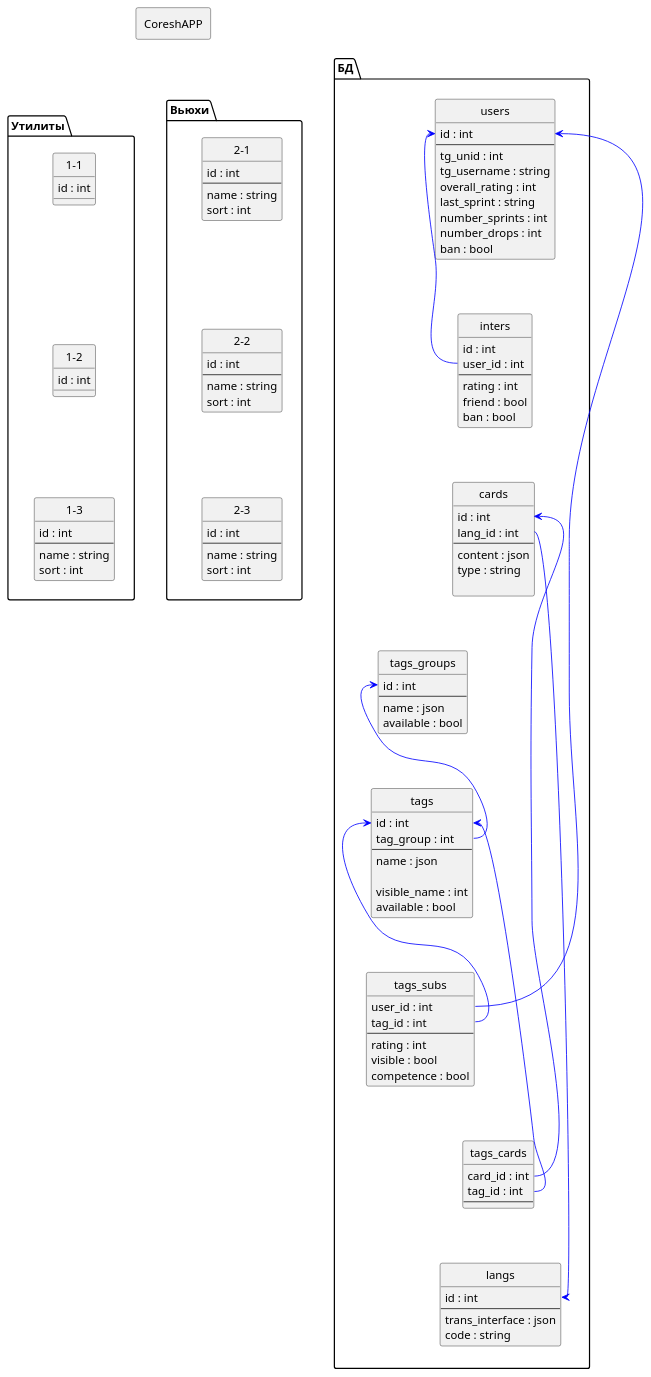
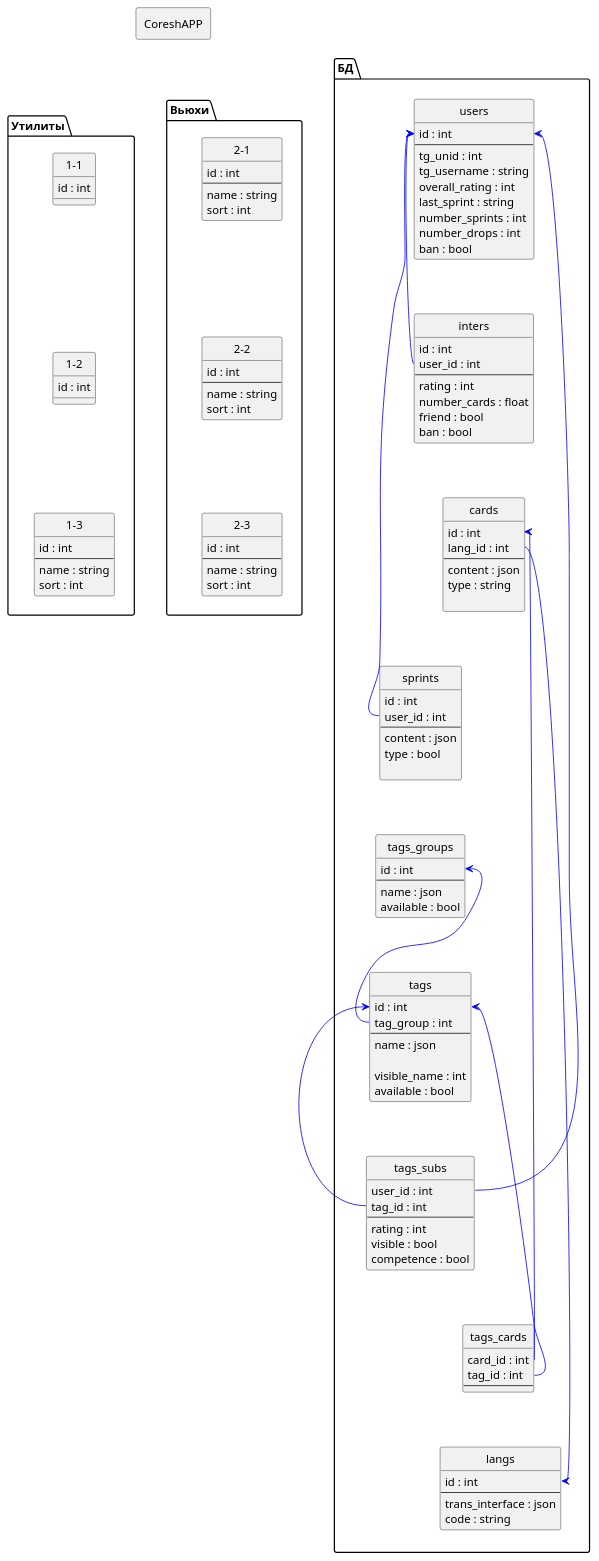
The diagram in README-files/uml.md (Ulver56/coresh), drawn with PlantUML before and after one commit. The commit also changed 8 other files, not shown here.

```diff
--- a/README-files/uml.md
+++ b/README-files/uml.md
@@ -85,13 +85,44 @@
   ' id пользователя
     user_id : int
     --
-  ' рейтинг собеседника
+  ' рейтинг соседства
     rating : int
+  ' количество показов карточки за спринт. если меньше 1 - это вероятность
+    number_cards : float
   ' является другом
     friend : bool
   ' забанен
     ban : bool
   }
+
+
+' ## Карточки ##
+    entity "cards" {
+  ' id карточки
+    id : int
+  ' id языка карточк
+    lang_id : int
+    --
+  ' контент в карточке
+    content : json  
+  ' тип карточки
+    type : string
+  
+    }
+
+' ## Спринты ##
+    entity "sprints" {
+  ' id спринта
+    id : int
+  ' id пользователя
+    user_id : int
+    --
+  ' Содержимое спринта
+    content : json  
+  ' Пройден/ не пройден
+    type : bool
+  
+    }
 
 ' ## Группа тегов
   entity "tags_groups" {
@@ -144,20 +175,6 @@
     --
     }
 
-' ## Карточки ##
-    entity "cards" {
-  ' id карточки
-    id : int
-  ' id языка карточк
-    lang_id : int
-    --
-  ' контент в карточке
-    content : json  
-  ' тип карточки
-    type : string
-  
-    }
-
 ' ## Язык ##
     entity "langs" {
   ' id языка
@@ -183,11 +200,11 @@
 
 users -d[hidden]-> inters
 inters -d[hidden]-> cards
-cards -d[hidden]-> tags_groups
+cards -d[hidden]-> sprints
+sprints -d[hidden]-> tags_groups
 tags_groups -d[hidden]-> tags
 tags -d[hidden]-> tags_subs
 tags_subs -d[hidden]-> tags_cards
-
 tags_cards -d[hidden]-> langs
 
 
@@ -198,6 +215,6 @@
 tags_subs::tag_id -[#blue]-> tags::id
 cards::lang_id -[#blue]-> langs::id
 tags_subs::user_id -[#blue]-> users::id
-
+sprints::user_id -[#blue]-> users::id
 
 @enduml
```
